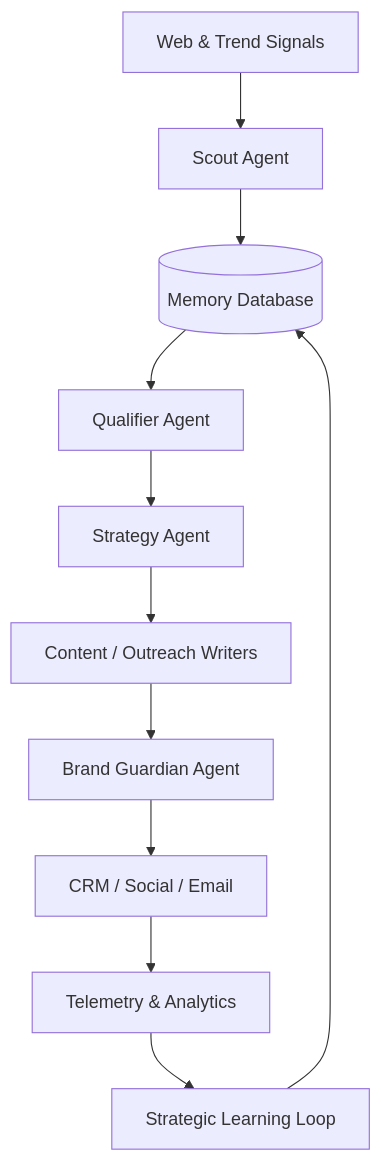
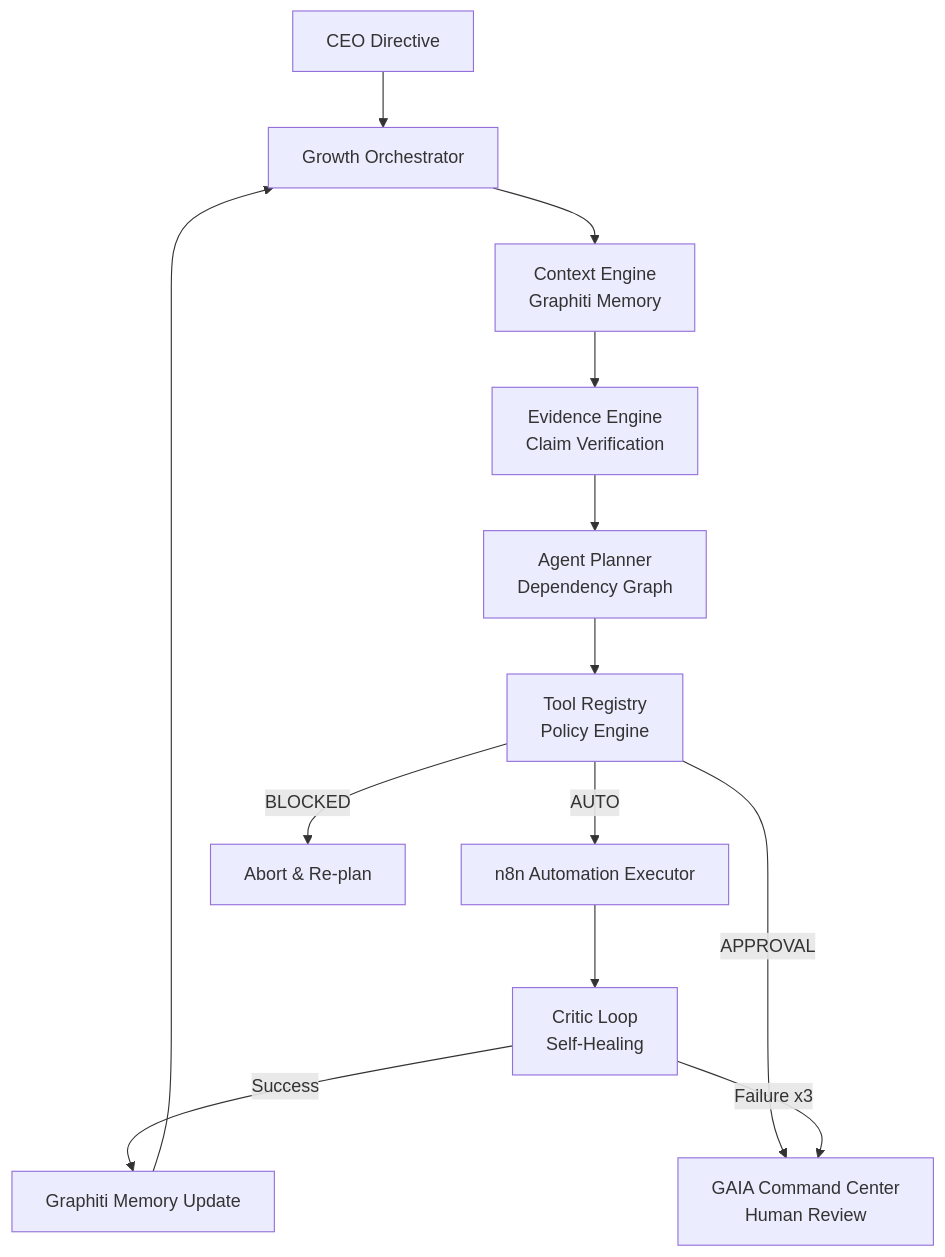
Before and after one commit to loueydridii/Growth-Agent---GAIA: the diagram in README.md, drawn with Mermaid. The commit also changed other lines of this file and 42 other files, not shown here.

````diff
--- a/README.md
+++ b/README.md
@@ -19,13 +15,15 @@
 ```mermaid
 flowchart TD
-    Signals[Web & Trend Signals] --> ScoutAgent[Scout Agent]
-    ScoutAgent --> MemoryLayer[(Memory Database)]
-    MemoryLayer --> QualifierAgent[Qualifier Agent]
-    QualifierAgent --> StrategyAgent[Strategy Agent]
-    StrategyAgent --> WriterAgents[Content / Outreach Writers]
-    WriterAgents --> BrandGuardian[Brand Guardian Agent]
-    BrandGuardian --> Integrations[CRM / Social / Email]
-    Integrations --> Analytics[Telemetry & Analytics]
-    Analytics --> LearningLoop[Strategic Learning Loop]
-    LearningLoop --> MemoryLayer
+    CEO[CEO Directive] --> Orchestrator[Growth Orchestrator]
+    Orchestrator --> ContextEngine[Context Engine\nGraphiti Memory]
+    ContextEngine --> EvidenceEngine[Evidence Engine\nClaim Verification]
+    EvidenceEngine --> Planner[Agent Planner\nDependency Graph]
+    Planner --> Registry[Tool Registry\nPolicy Engine]
+    Registry -->|AUTO| Executor[n8n Automation Executor]
+    Registry -->|APPROVAL| Dashboard[GAIA Command Center\nHuman Review]
+    Registry -->|BLOCKED| Abort[Abort & Re-plan]
+    Executor --> Critic[Critic Loop\nSelf-Healing]
+    Critic -->|Success| Memory[Graphiti Memory Update]
+    Critic -->|Failure x3| Dashboard
+    Memory --> Orchestrator
 ```
````
